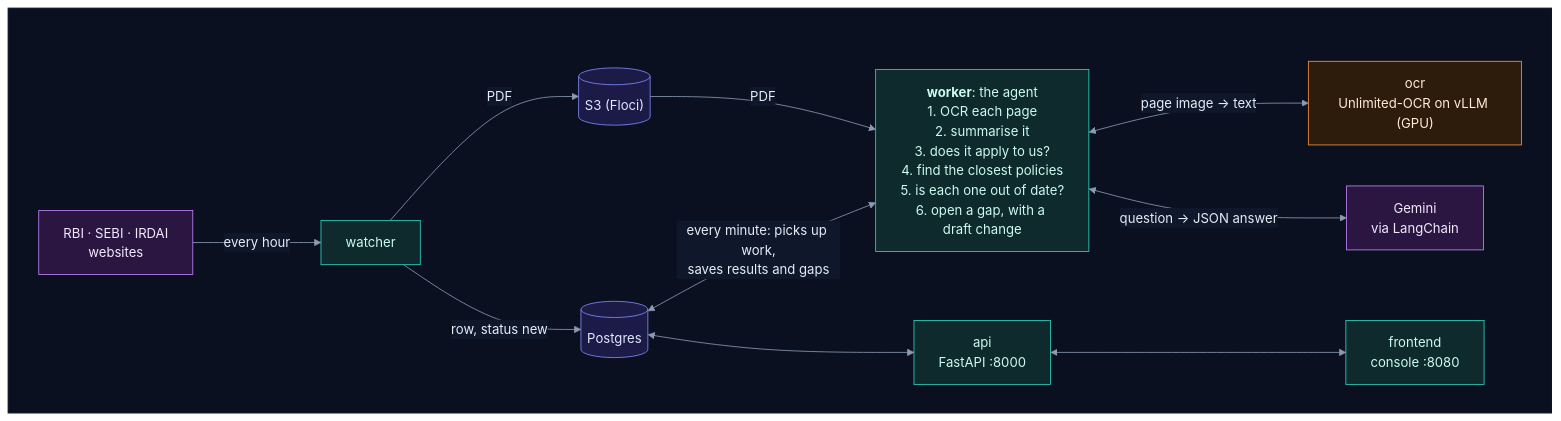
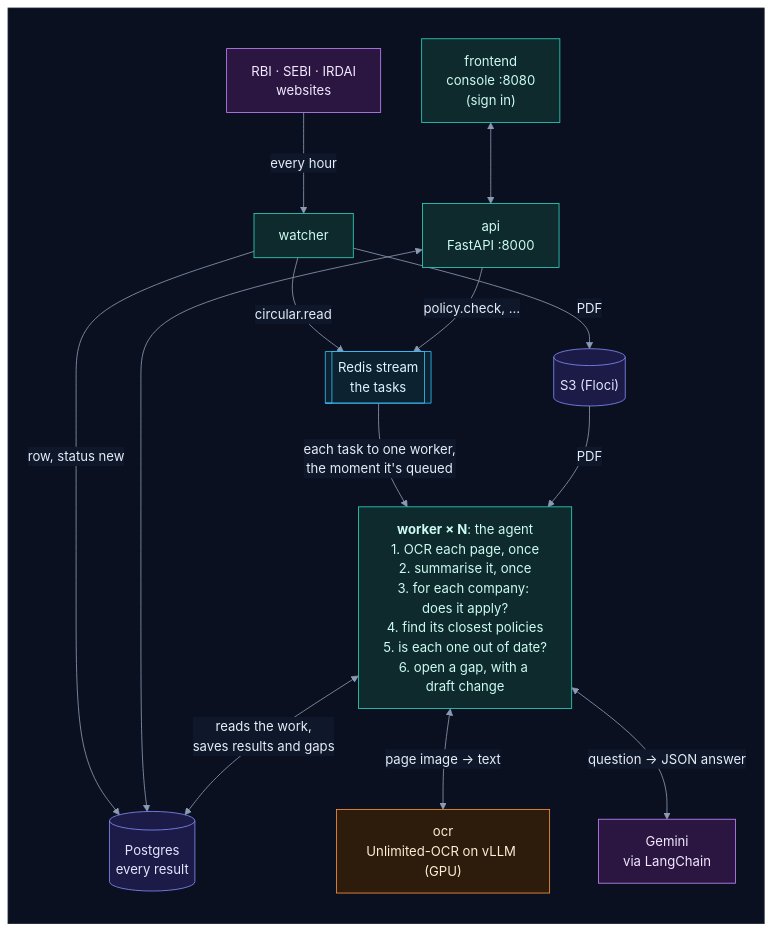
The diagram in README.md (selvakumarperumal/Regulatory_Circular_Impact_Agent), drawn with Mermaid before and after one commit. The commit also changed other lines of this file and 8 other files, not shown here.

Commit message:
Document the task queue and multi-company design

````diff
--- a/README.md
+++ b/README.md
@@ -12,31 +13,35 @@
 ```mermaid
 %%{init: {"theme": "base", "flowchart": {"diagramPadding": 0}, "themeVariables": {"darkMode": true, "primaryColor": "#16213a", "primaryTextColor": "#e6edf7", "primaryBorderColor": "#475a7a", "lineColor": "#8b9bb4", "secondaryColor": "#1b2436", "tertiaryColor": "#101a2e", "edgeLabelBackground": "#0f172a", "textColor": "#e2e8f0", "clusterBkg": "#0f1728", "clusterBorder": "#2b3a55", "titleColor": "#c4b5fd", "nodeTextColor": "#e6edf7"}}}%%
-flowchart LR
+flowchart TD
     subgraph canvas[" "]
-        direction LR
+        direction TB
         sites["RBI · SEBI · IRDAI<br/>websites"] -->|"every hour"| W["watcher"]
         W -->|PDF| S3[("S3 (Floci)")]
-        W -->|"row, status new"| DB[("Postgres")]
+        W -->|"row, status new"| DB[("Postgres<br/>every result")]
+        W -->|"circular.read"| Q[["Redis stream<br/>the tasks"]]
+        F["frontend<br/>console :8080<br/>(sign in)"] <--> A["api<br/>FastAPI :8000"]
+        A <--> DB
+        A -->|"policy.check, …"| Q
+        Q -->|"each task to one worker,<br/>the moment it's queued"| K["<b>worker × N</b>: the agent<br/>1. OCR each page, once<br/>2. summarise it, once<br/>3. for each company: does it apply?<br/>4. find its closest policies<br/>5. is each one out of date?<br/>6. open a gap, with a draft change"]
         S3 -->|PDF| K
-        DB <-->|"every minute: picks up work,<br/>saves results and gaps"| K["<b>worker</b>: the agent<br/>1. OCR each page<br/>2. summarise it<br/>3. does it apply to us?<br/>4. find the closest policies<br/>5. is each one out of date?<br/>6. open a gap, with a draft change"]
+        K <-->|"reads the work,<br/>saves results and gaps"| DB
         K <-->|"page image → text"| O["ocr<br/>Unlimited-OCR on vLLM (GPU)"]
         K <-->|"question → JSON answer"| G["Gemini<br/>via LangChain"]
-        DB <--> A["api<br/>FastAPI :8000"] <--> F["frontend<br/>console :8080"]
     end
-
     classDef svc fill:#0e2a2c,stroke:#2dd4bf,color:#ccfbf1
     classDef data fill:#1c1a47,stroke:#818cf8,color:#e0e7ff
     classDef ext fill:#2a1640,stroke:#c084fc,color:#f3e8ff
     classDef gpu fill:#2d1b0c,stroke:#fb923c,color:#ffedd5
     classDef ask fill:#2a2410,stroke:#fbbf24,color:#fef3c7
     classDef ok fill:#0b2a1c,stroke:#34d399,color:#d1fae5
     classDef bad fill:#2e0f17,stroke:#fb7185,color:#ffe4e6
     classDef start fill:#1c2a0e,stroke:#a7ef6f,color:#ecfccb
     classDef muted fill:#1a2130,stroke:#64748b,color:#cbd5e1
-    class W,A,F svc
+    classDef queue fill:#0c2231,stroke:#38bdf8,color:#e0f2fe
+    class W,A,F,K svc
     class S3,DB data
+    class Q queue
     class sites,G ext
     class O gpu
-    class K svc
     style canvas fill:#0b1020,stroke:#1e293b,color:#0b1020
 ```
````
